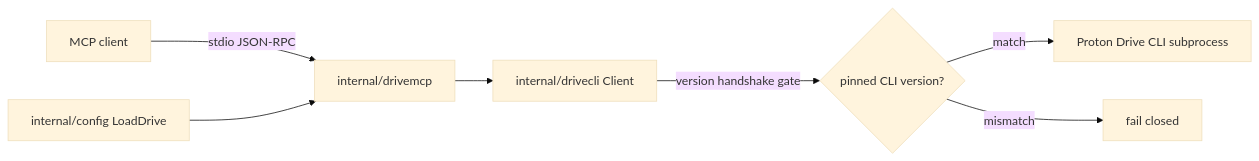
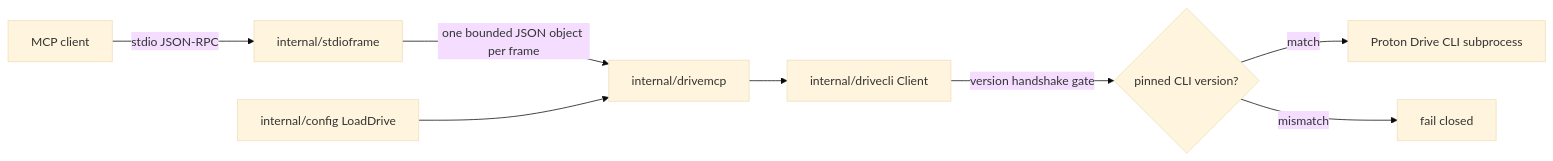
Before and after one commit to wevial/croton-mcp: the second of 2 diagrams in docs/ARCHITECTURE.md, drawn with Mermaid (base theme). The commit also changed other lines of this file, not shown here.

Commit message:
docs: map the shared stdio frame limiter in the architecture overview

````diff
--- a/docs/ARCHITECTURE.md
+++ b/docs/ARCHITECTURE.md
@@ -52,9 +56,10 @@
 ```mermaid
 flowchart LR
-    client[MCP client] -->|stdio JSON-RPC| server[internal/drivemcp]
+    client[MCP client] -->|stdio JSON-RPC| frame[internal/stdioframe]
+    frame -->|one bounded JSON object per frame| server[internal/drivemcp]
     server --> adapter[internal/drivecli Client]
     adapter -->|version handshake gate| handshake{pinned CLI version?}
     handshake -->|match| cli[Proton Drive CLI subprocess]
     handshake -->|mismatch| closed[fail closed]
     config[internal/config LoadDrive] --> server
 ```
````
